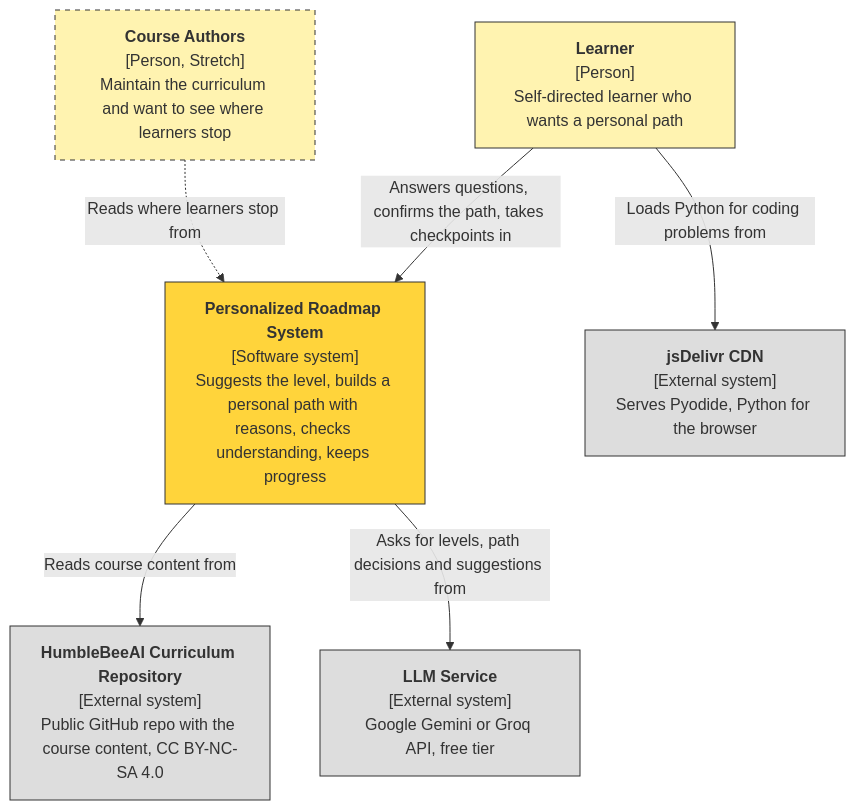
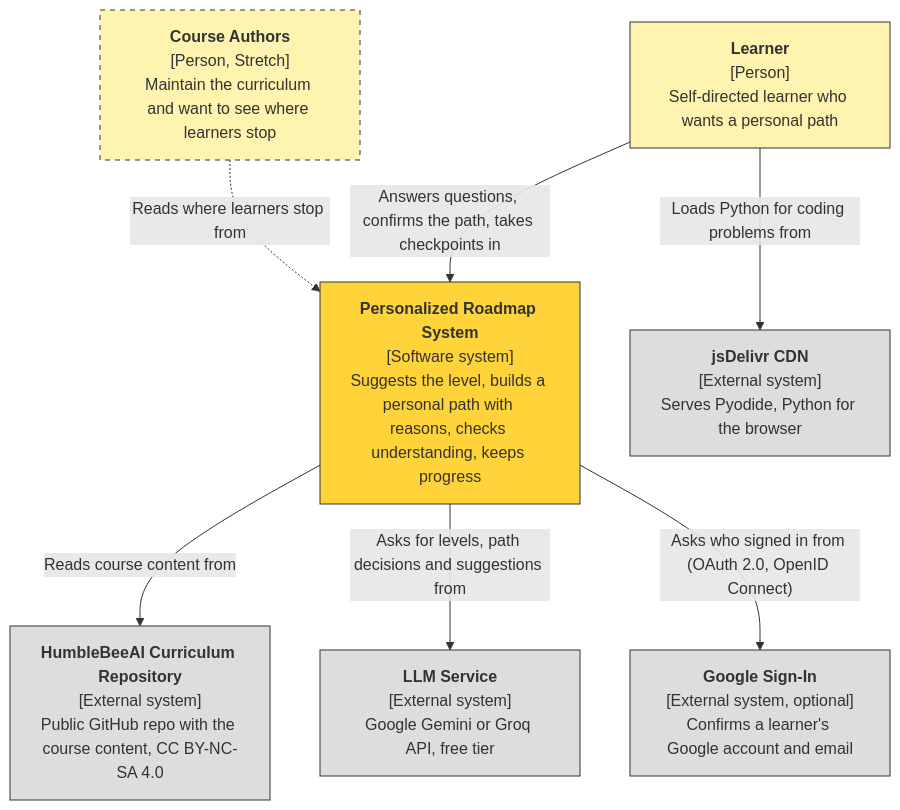
One commit to mishalilia/personalized-roadmap changed the first of 2 diagrams in docs/architecture.md. Above: the diagram before and after it, drawn with Mermaid. The commit also changed other lines of this file and 12 other files, not shown here.

Commit message:
Sign in with Google (OAuth 2.0 code flow with PKCE, run by the API)

````diff
--- a/docs/architecture.md
+++ b/docs/architecture.md
@@ -15,24 +15,26 @@
 ```mermaid
 flowchart TB
     learner["<b>Learner</b><br/>[Person]<br/>Self-directed learner who wants a personal path"]
     owner["<b>Course Authors</b><br/>[Person, Stretch]<br/>Maintain the curriculum and want to see where learners stop"]
     system["<b>Personalized Roadmap System</b><br/>[Software system]<br/>Suggests the level, builds a personal path with reasons, checks understanding, keeps progress"]
     curriculum["<b>HumbleBeeAI Curriculum Repository</b><br/>[External system]<br/>Public GitHub repo with the course content, CC BY-NC-SA 4.0"]
     llm["<b>LLM Service</b><br/>[External system]<br/>Google Gemini or Groq API, free tier"]
     cdn["<b>jsDelivr CDN</b><br/>[External system]<br/>Serves Pyodide, Python for the browser"]
+    google["<b>Google Sign-In</b><br/>[External system, optional]<br/>Confirms a learner's Google account and email"]
 
     learner -->|"Answers questions, confirms the path, takes checkpoints in"| system
     system -->|"Reads course content from"| curriculum
     system -->|"Asks for levels, path decisions and suggestions from"| llm
     learner -->|"Loads Python for coding problems from"| cdn
+    system -->|"Asks who signed in from (OAuth 2.0, OpenID Connect)"| google
     owner -.->|"Reads where learners stop from"| system
 
     classDef person fill:#fff3b0,stroke:#333
     classDef sys fill:#ffd43b,stroke:#333
     classDef ext fill:#dddddd,stroke:#333
     classDef later stroke-dasharray:5 5
     class learner,owner person
     class system sys
-    class curriculum,llm,cdn ext
+    class curriculum,llm,cdn,google ext
     class owner later
 ```
````
